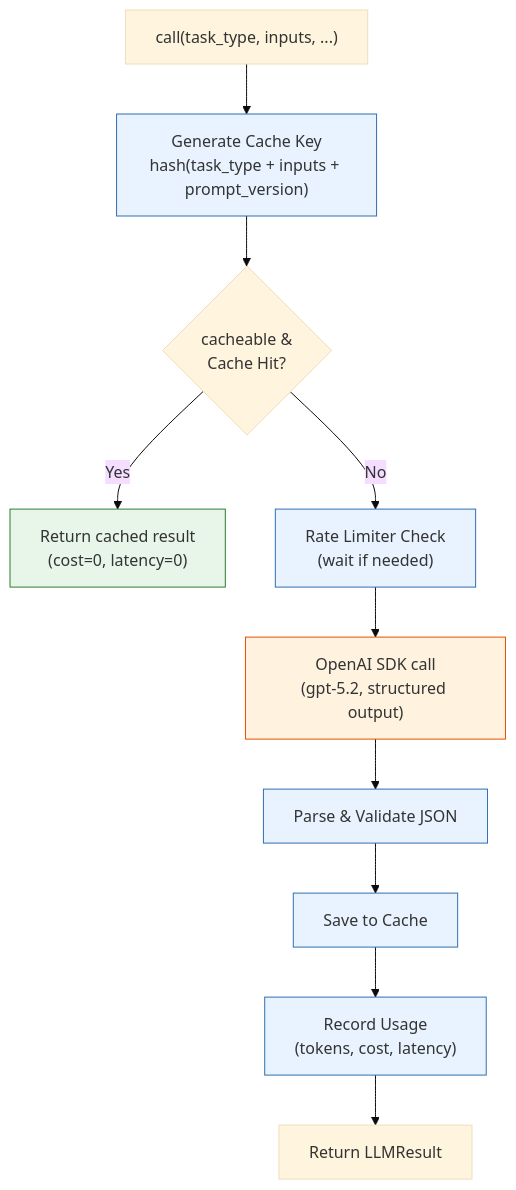
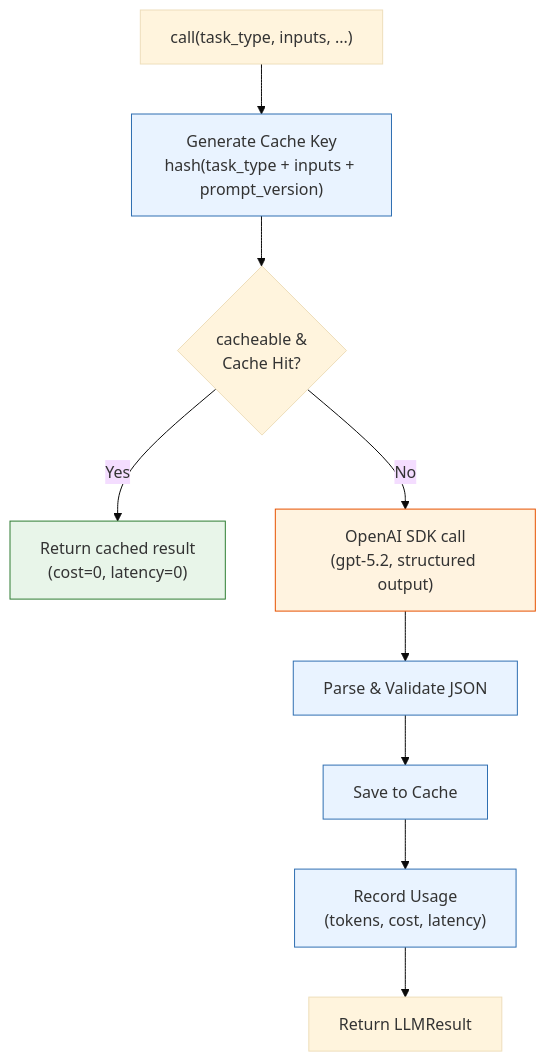
One commit to jerry-lht/ebm-online changed the second of 3 diagrams in docs/shared-infrastructure-design.md. Above: the diagram before and after it, drawn with Mermaid (base theme). The commit also changed other lines of this file and 153 other files, not shown here.

````diff
--- a/docs/shared-infrastructure-design.md
+++ b/docs/shared-infrastructure-design.md
@@ -90,23 +90,22 @@
 ```mermaid
 flowchart TD
     classDef hit fill:#E8F5E9,stroke:#2E7D32
     classDef miss fill:#FFF3E0,stroke:#E65100
     classDef logic fill:#E9F3FF,stroke:#2F6FB2
 
     REQ["call(task_type, inputs, ...)"]
     KEY["Generate Cache Key<br/>hash(task_type + inputs + prompt_version)"]:::logic
     CHECK{"cacheable &<br/>Cache Hit?"}
 
     HIT["Return cached result<br/>(cost=0, latency=0)"]:::hit
 
-    RATE["Rate Limiter Check<br/>(wait if needed)"]:::logic
     CALL["OpenAI SDK call<br/>(gpt-5.2, structured output)"]:::miss
     PARSE["Parse & Validate JSON"]:::logic
     SAVE["Save to Cache"]:::logic
     TRACK_CALL["Record Usage<br/>(tokens, cost, latency)"]:::logic
     RET["Return LLMResult"]
 
     REQ --> KEY --> CHECK
     CHECK -->|Yes| HIT
-    CHECK -->|No| RATE --> CALL --> PARSE --> SAVE --> TRACK_CALL --> RET
+    CHECK -->|No| CALL --> PARSE --> SAVE --> TRACK_CALL --> RET
 ```
````
